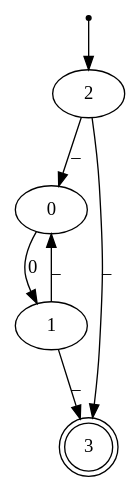
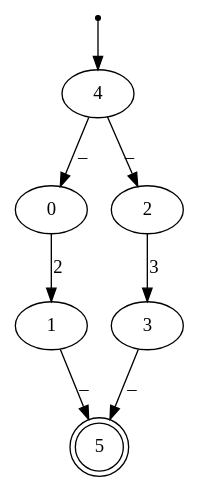
The diagram in output.dot (ValenButtignol/project-automata), drawn with Graphviz before and after one commit. The commit also changed 7 other files, not shown here.

```diff
--- a/output.dot
+++ b/output.dot
@@ -1,10 +1,11 @@
 digraph{
 inic[shape=point];
-inic->2;
-0->1[label="0"];
-2->0[label="_"];
-2->3[label="_"];
-1->0[label="_"];
-1->3[label="_"];
-3[shape=doublecircle];
+inic->4;
+0->1[label="2"];
+2->3[label="3"];
+4->0[label="_"];
+4->2[label="_"];
+1->5[label="_"];
+3->5[label="_"];
+5[shape=doublecircle];
 }
```
